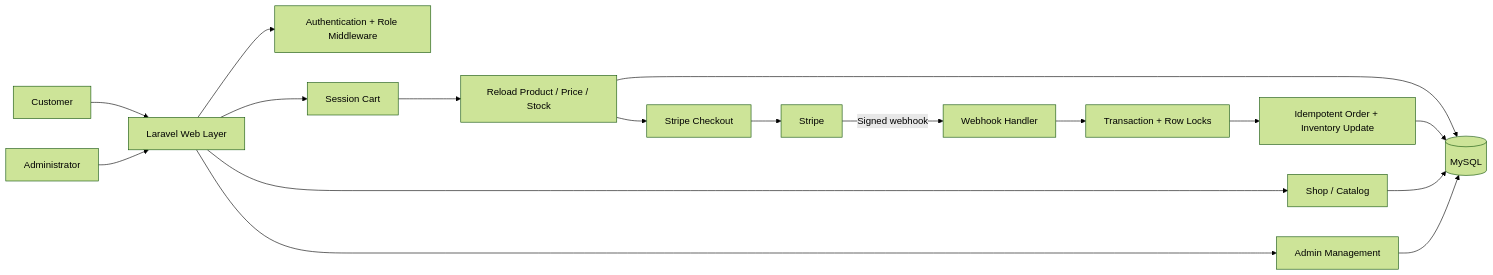
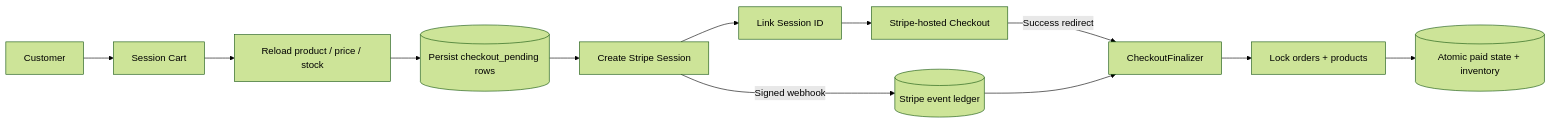
One commit to DagemawiDeveloper/Boldinone changed the first of 2 diagrams in README.md. Above: the diagram before and after it, drawn with Mermaid (forest theme). The commit also changed other lines of this file and 33 other files, not shown here.

First line of the commit message:
Make Boldinone Stripe checkout recoverable and test its payment lifecycle

````diff
--- a/README.md
+++ b/README.md
@@ -42,22 +45,15 @@
 ```mermaid
 flowchart LR
-    CUSTOMER[Customer] --> WEB[Laravel Web Layer]
-    ADMIN[Administrator] --> WEB
+    CUSTOMER[Customer] --> CART[Session Cart]
+    CART --> DBREAD[Reload product / price / stock]
+    DBREAD --> LOCAL[(Persist checkout_pending rows)]
+    LOCAL --> STRIPE[Create Stripe Session]
+    STRIPE --> LINK[Link Session ID]
+    LINK --> HOSTED[Stripe-hosted Checkout]
 
-    WEB --> AUTH[Authentication + Role Middleware]
-    WEB --> SHOP[Shop / Catalog]
-    WEB --> CART[Session Cart]
-    WEB --> ADMINMOD[Admin Management]
-
-    CART --> DBPRICE[Reload Product / Price / Stock]
-    DBPRICE --> DB[(MySQL)]
-    DBPRICE --> CHECKOUT[Stripe Checkout]
-    CHECKOUT --> STRIPE[Stripe]
-    STRIPE -->|Signed webhook| WEBHOOK[Webhook Handler]
-    WEBHOOK --> LOCK[Transaction + Row Locks]
-    LOCK --> ORDERS[Idempotent Order + Inventory Update]
-    ORDERS --> DB
-
-    SHOP --> DB
-    ADMINMOD --> DB
+    STRIPE -->|Signed webhook| LEDGER[(Stripe event ledger)]
+    HOSTED -->|Success redirect| FINALIZE[CheckoutFinalizer]
+    LEDGER --> FINALIZE
+    FINALIZE --> LOCKS[Lock orders + products]
+    LOCKS --> INVENTORY[(Atomic paid state + inventory)]
 ```
````
